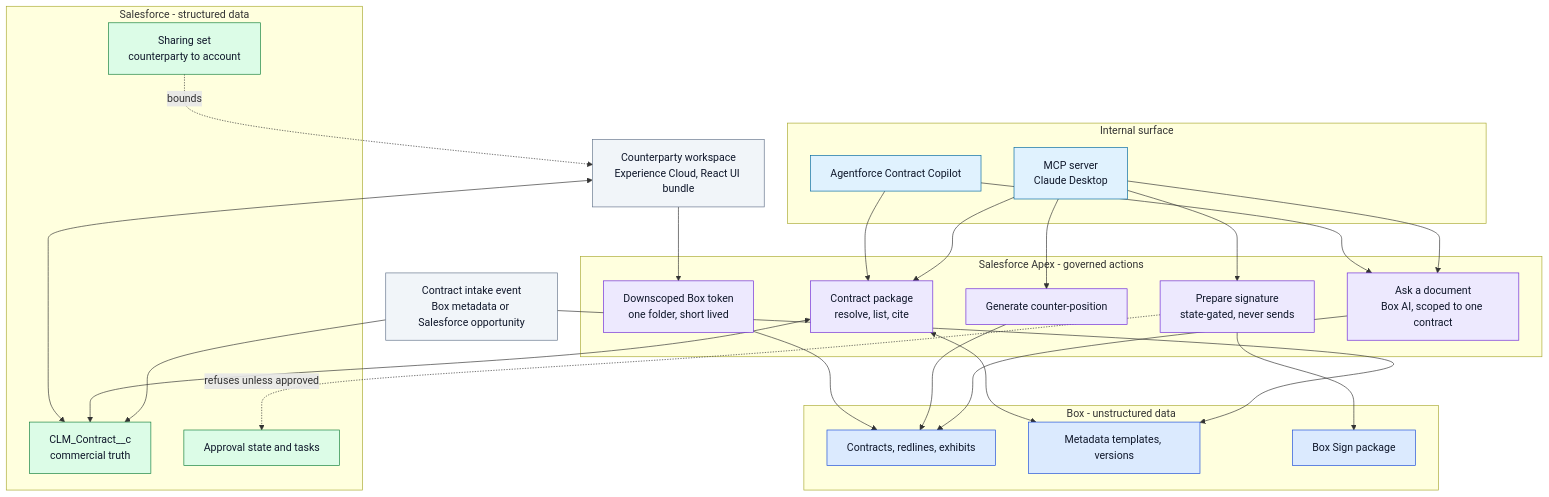
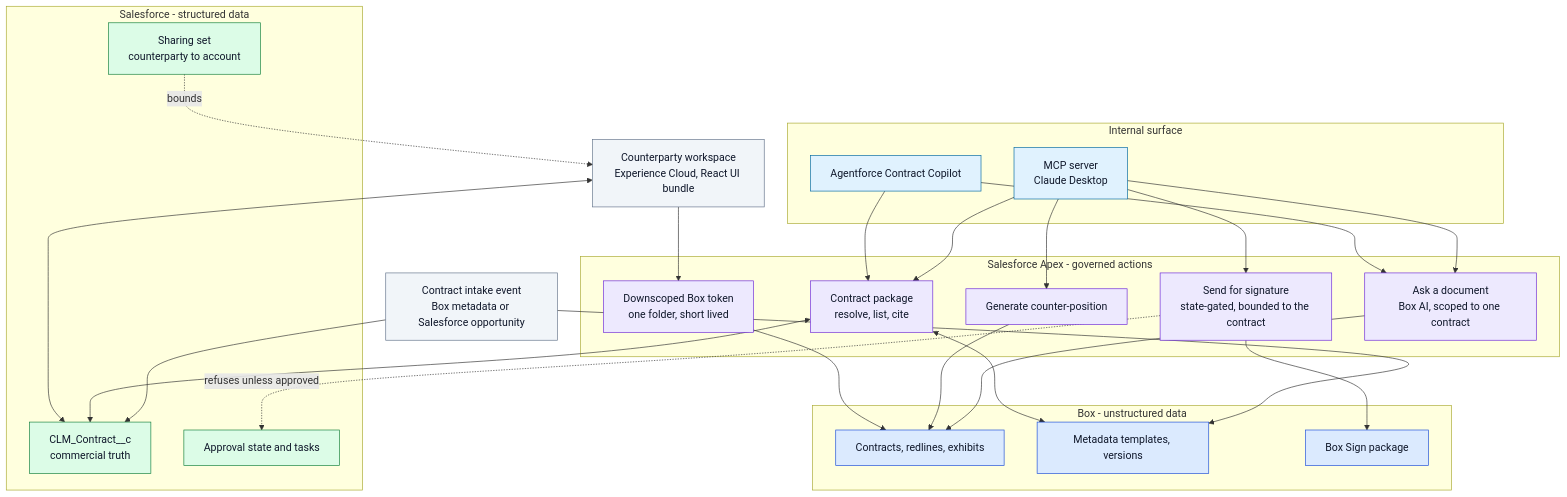
Before and after one commit to unofficialbox/box-bedrock-for-clm: the diagram in docs/diagrams/clm-architecture.mmd, drawn with Mermaid. The commit also changed 12 other files, not shown here.

```diff
--- a/docs/diagrams/clm-architecture.mmd
+++ b/docs/diagrams/clm-architecture.mmd
@@ -1,63 +1,63 @@
 flowchart TB
   intake["Contract intake event<br/>Box metadata or Salesforce opportunity"]
 
   subgraph internal["Internal surface"]
     mcp["MCP server<br/>Claude Desktop"]
     copilot["Agentforce Contract Copilot"]
   end
 
   subgraph apex["Salesforce Apex - governed actions"]
     package["Contract package<br/>resolve, list, cite"]
     ask["Ask a document<br/>Box AI, scoped to one contract"]
     docgen["Generate counter-position"]
-    sign["Prepare signature<br/>state-gated, never sends"]
+    sign["Send for signature<br/>state-gated, bounded to the contract"]
     token["Downscoped Box token<br/>one folder, short lived"]
   end
 
   subgraph box["Box - unstructured data"]
     boxContent["Contracts, redlines, exhibits"]
     boxMetadata["Metadata templates, versions"]
     boxSign["Box Sign package"]
   end
 
   subgraph salesforce["Salesforce - structured data"]
     contract["CLM_Contract__c<br/>commercial truth"]
     approvals["Approval state and tasks"]
     sharing["Sharing set<br/>counterparty to account"]
   end
 
   external["Counterparty workspace<br/>Experience Cloud, React UI bundle"]
 
   intake --> boxMetadata
   intake --> contract
 
   mcp --> package
   mcp --> ask
   mcp --> docgen
   mcp --> sign
   copilot --> package
   copilot --> ask
 
   package <--> contract
   package <--> boxMetadata
   ask --> boxContent
   docgen --> boxContent
   sign --> boxSign
   sign -. refuses unless approved .-> approvals
 
   external --> token
   token --> boxContent
   external <--> contract
   sharing -. bounds .-> external
 
   classDef agent fill:#e0f2fe,stroke:#0369a1,color:#0f172a
   classDef action fill:#ede9fe,stroke:#6d28d9,color:#0f172a
   classDef box fill:#dbeafe,stroke:#1d4ed8,color:#0f172a
   classDef sf fill:#dcfce7,stroke:#15803d,color:#0f172a
   classDef control fill:#f1f5f9,stroke:#64748b,color:#0f172a
 
   class mcp,copilot agent
   class package,ask,docgen,sign,token action
   class boxContent,boxMetadata,boxSign box
   class contract,approvals,sharing sf
   class intake,external control
```
